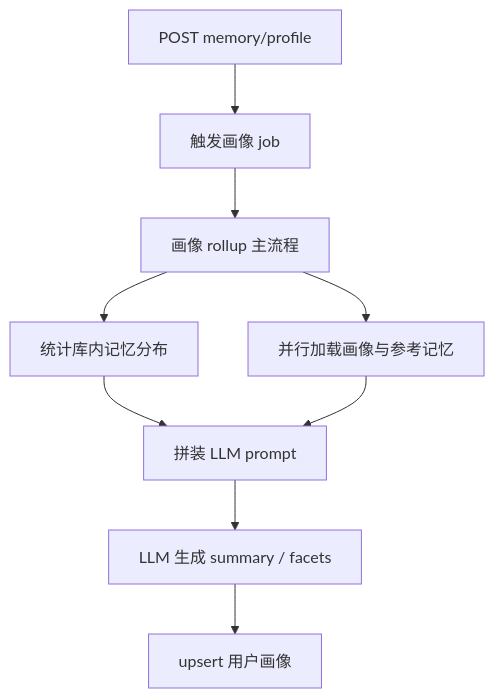
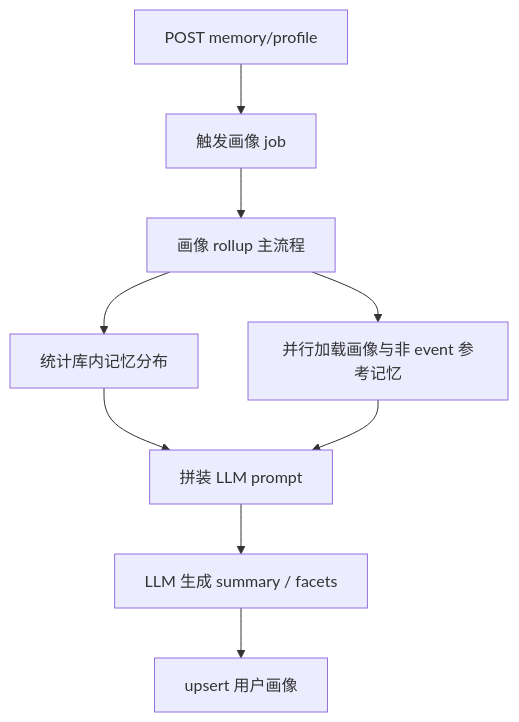
One commit to lilialab/lilia changed the diagram in docs/memory/profile.md. Above: the diagram before and after it, drawn with Mermaid. The commit also changed other lines of this file and 34 other files, not shown here.

````diff
--- a/docs/memory/profile.md
+++ b/docs/memory/profile.md
@@ -5,11 +5,11 @@
 ```mermaid
 flowchart TD
   API["POST memory/profile"] --> Entry[触发画像 job]
   Entry --> Core[画像 rollup 主流程]
   Core --> LoadStats[统计库内记忆分布]
-  Core --> LoadProfile[并行加载画像与参考记忆]
+  Core --> LoadProfile[并行加载画像与非 event 参考记忆]
   LoadStats --> Prompt[拼装 LLM prompt]
   LoadProfile --> Prompt
   Prompt --> LlmGen["LLM 生成 summary / facets"]
   LlmGen --> Upsert[upsert 用户画像]
 ```
````
